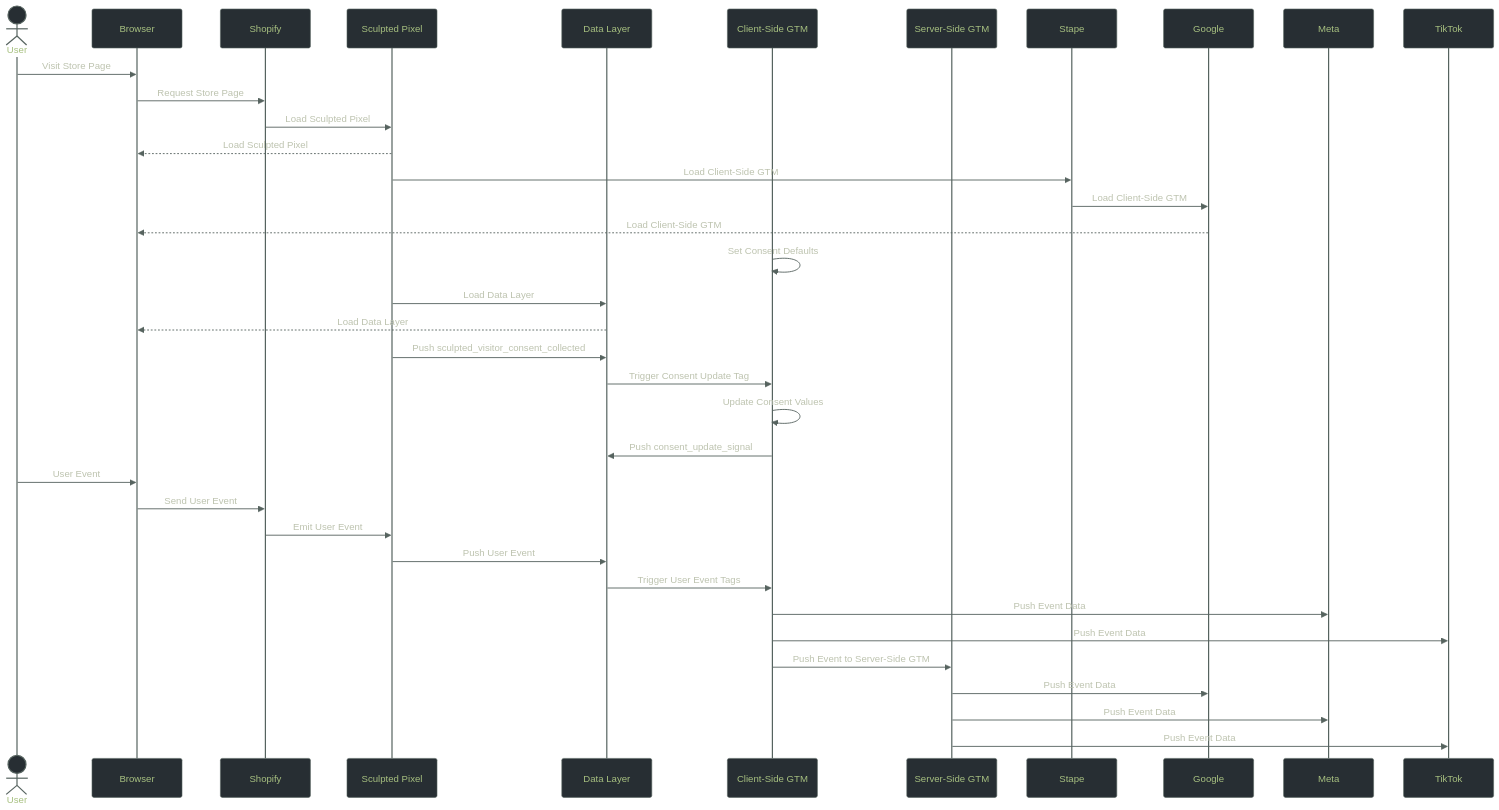
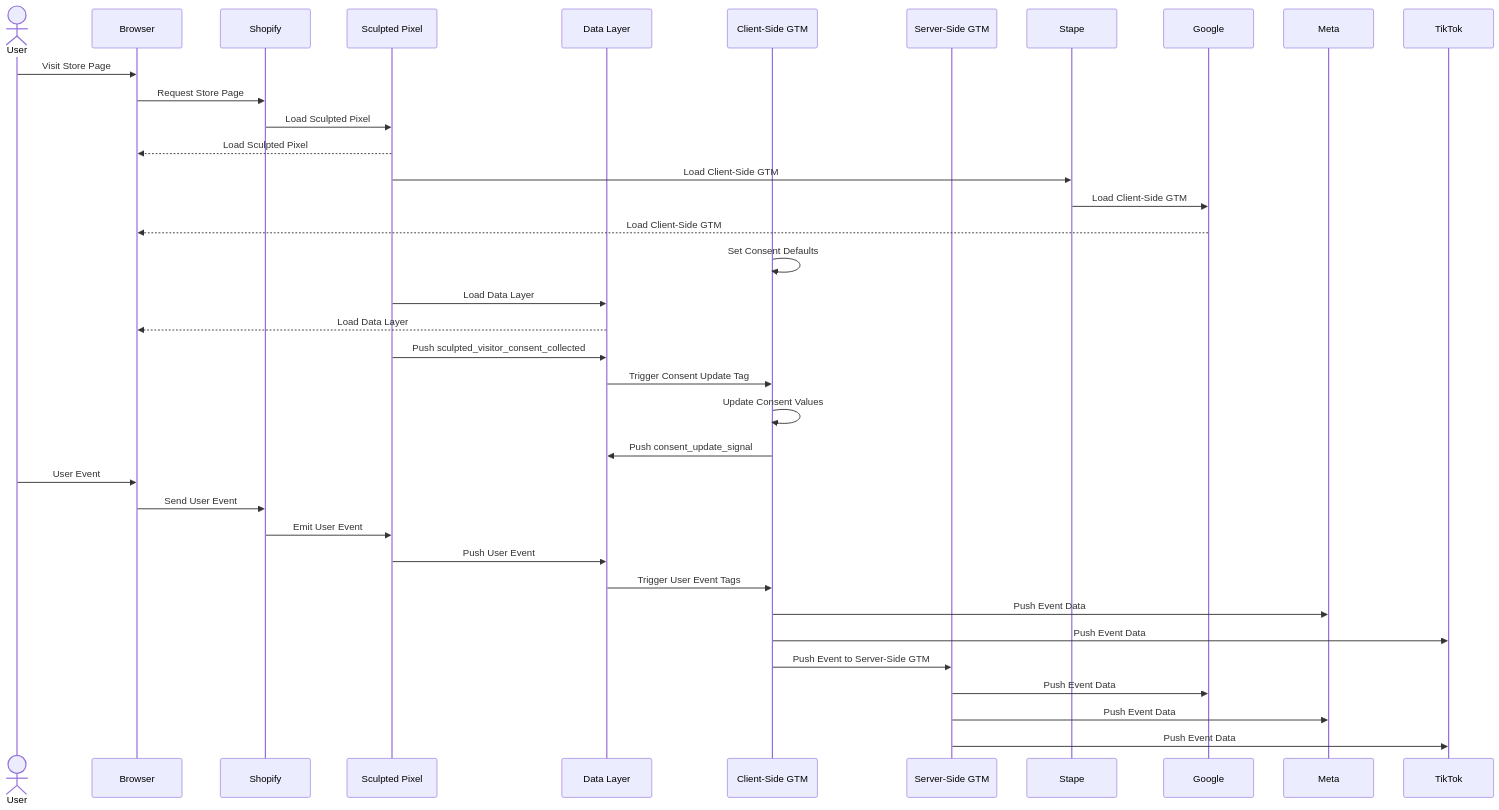
The diagram in docs/timing-diagram-checkout.mmd (SculptedSystems/shopify-sculpted-custom-pixel), drawn with Mermaid before and after one commit. The commit also changed 2 other files, not shown here.

Commit message:
catch up mermaid diagram files

```diff
--- a/docs/timing-diagram-checkout.mmd
+++ b/docs/timing-diagram-checkout.mmd
@@ -1,57 +1,39 @@
----
-config:
-  theme: 'base'
-  themeVariables:
-    darkMode: true
-    background: '#272E33'
-
-    fontFamily: verdana
-    fontSize: 16px
-
-    primaryColor: '#272E33'
-    primaryTextColor: '#A7C080'
-    primaryBorderColor: '#56635F'
-    
-    signalColor: '#56635F'
-    signalTextColor: '#BDC3AF'
----
-
 sequenceDiagram
 
 actor A1 as User
 participant P0 as Browser
 participant P1 as Shopify
 participant P3 as Sculpted Pixel
 participant P4 as Data Layer
 participant P5 as Client-Side GTM
 participant P6 as Server-Side GTM
 participant P7 as Stape
 participant P8 as Google
 participant P9 as Meta
 participant P10 as TikTok
 
 A1->>P0: Visit Store Page
 P0->>P1: Request Store Page
 P1->>P3: Load Sculpted Pixel
 P3-->>P0: Load Sculpted Pixel
 P3->>P7: Load Client-Side GTM
 P7->>P8: Load Client-Side GTM
 P8-->>P0: Load Client-Side GTM
 P5->>P5: Set Consent Defaults
 P3->>P4: Load Data Layer
 P4-->>P0: Load Data Layer
 P3->>P4: Push sculpted_visitor_consent_collected
 P4->>P5: Trigger Consent Update Tag
 P5->>P5: Update Consent Values
 P5->>P4: Push consent_update_signal
 A1->>P0: User Event
 P0->>P1: Send User Event
 P1->>P3: Emit User Event
 P3->>P4: Push User Event
 P4->>P5: Trigger User Event Tags
 P5->>P9: Push Event Data
 P5->>P10: Push Event Data
 P5->>P6: Push Event to Server-Side GTM
 P6->>P8: Push Event Data
 P6->>P9: Push Event Data
 P6->>P10: Push Event Data
```
